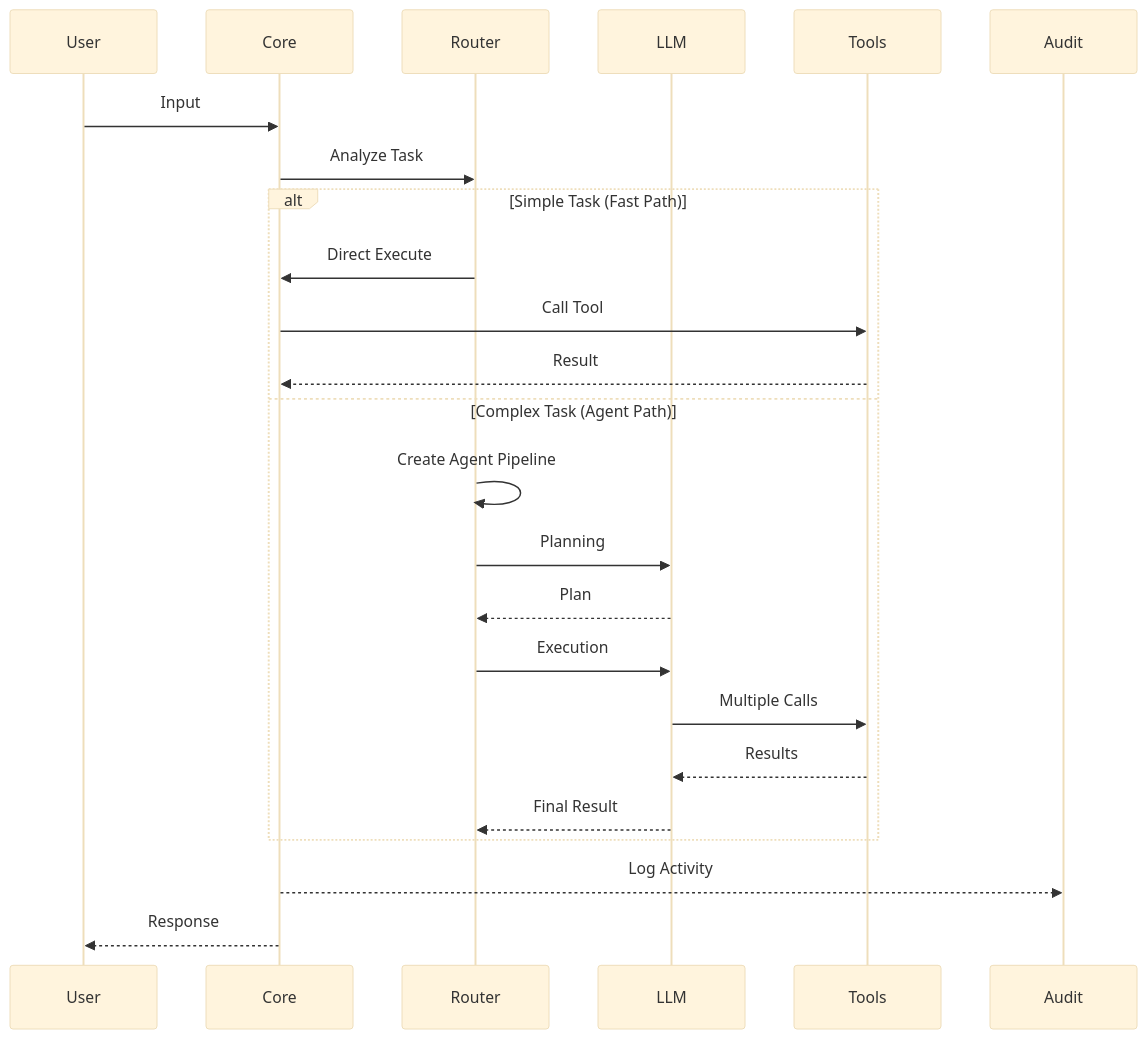
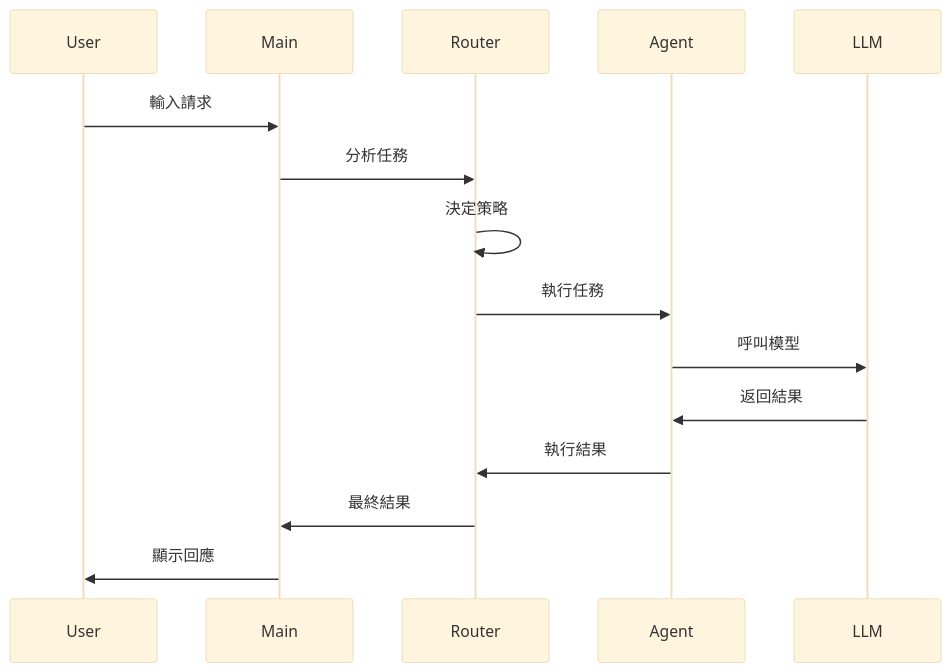
The second of 2 diagrams in docs/project_architecture/01_System_Architecture.md (Zenobia000/core_agentic_brain), drawn with Mermaid (base theme) before and after one commit. The commit also changed other lines of this file and 74 other files, not shown here.

First line of the commit message:
refactor: simplify logging system and restore Kernel architecture

````diff
--- a/docs/project_architecture/01_System_Architecture.md
+++ b/docs/project_architecture/01_System_Architecture.md
@@ -205,29 +167,18 @@
 ```mermaid
 sequenceDiagram
     participant User
-    participant Core
+    participant Main
     participant Router
+    participant Agent
     participant LLM
-    participant Tools
-    participant Audit
 
-    User->>Core: Input
-    Core->>Router: Analyze Task
-
-    alt Simple Task (Fast Path)
-        Router->>Core: Direct Execute
-        Core->>Tools: Call Tool
-        Tools-->>Core: Result
-    else Complex Task (Agent Path)
-        Router->>Router: Create Agent Pipeline
-        Router->>LLM: Planning
-        LLM-->>Router: Plan
-        Router->>LLM: Execution
-        LLM->>Tools: Multiple Calls
-        Tools-->>LLM: Results
-        LLM-->>Router: Final Result
-    end
-
-    Core-->>Audit: Log Activity
-    Core-->>User: Response
+    User->>Main: 輸入請求
+    Main->>Router: 分析任務
+    Router->>Router: 決定策略
+    Router->>Agent: 執行任務
+    Agent->>LLM: 呼叫模型
+    LLM->>Agent: 返回結果
+    Agent->>Router: 執行結果
+    Router->>Main: 最終結果
+    Main->>User: 顯示回應
 ```
````
